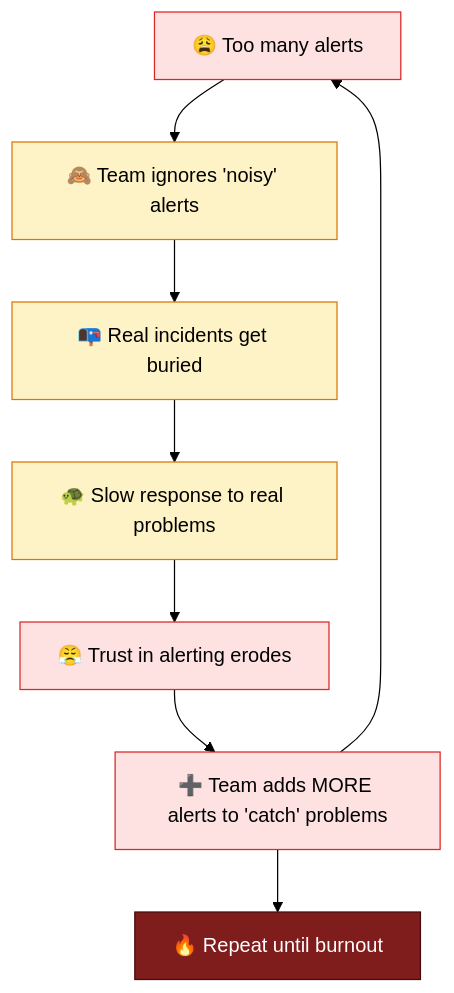
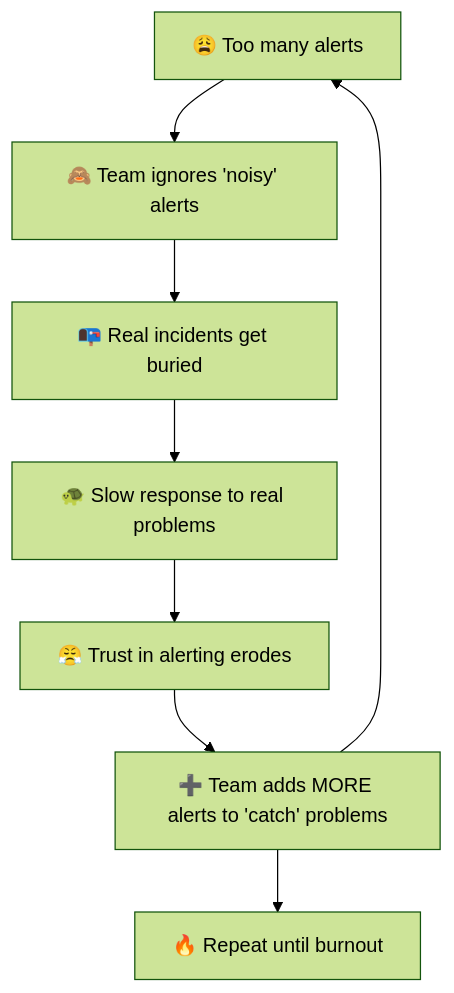
The fourth of 6 diagrams in docs/observability/alerting.md (shivam-g-mishra/blog), drawn with Mermaid (forest theme) before and after one commit. The commit also changed other lines of this file and 23 other files, not shown here.

First line of the commit message:
fix: improve Mermaid diagram visibility in dark mode

````diff
--- a/docs/observability/alerting.md
+++ b/docs/observability/alerting.md
@@ -314,18 +301,10 @@
 ```mermaid
 flowchart TB
     A["😩 Too many alerts"] --> B["🙈 Team ignores 'noisy' alerts"]
     B --> C["📭 Real incidents get buried"]
     C --> D["🐢 Slow response to real problems"]
     D --> E["😤 Trust in alerting erodes"]
     E --> F["➕ Team adds MORE alerts to 'catch' problems"]
     F --> A
     F --> G["🔥 Repeat until burnout"]
-    
-    style A fill:#fee2e2,stroke:#dc2626
-    style B fill:#fef3c7,stroke:#d97706
-    style C fill:#fef3c7,stroke:#d97706
-    style D fill:#fef3c7,stroke:#d97706
-    style E fill:#fee2e2,stroke:#dc2626
-    style F fill:#fee2e2,stroke:#dc2626
-    style G fill:#7f1d1d,stroke:#450a0a,color:#fff
 ```
````
